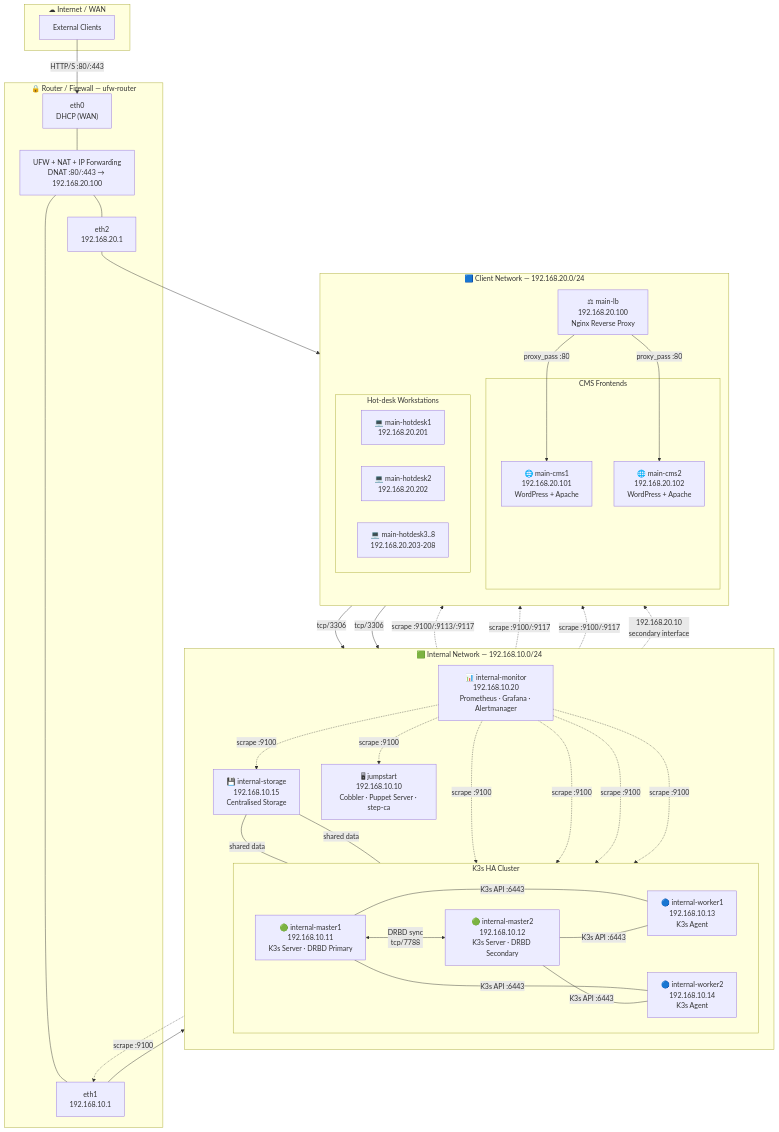
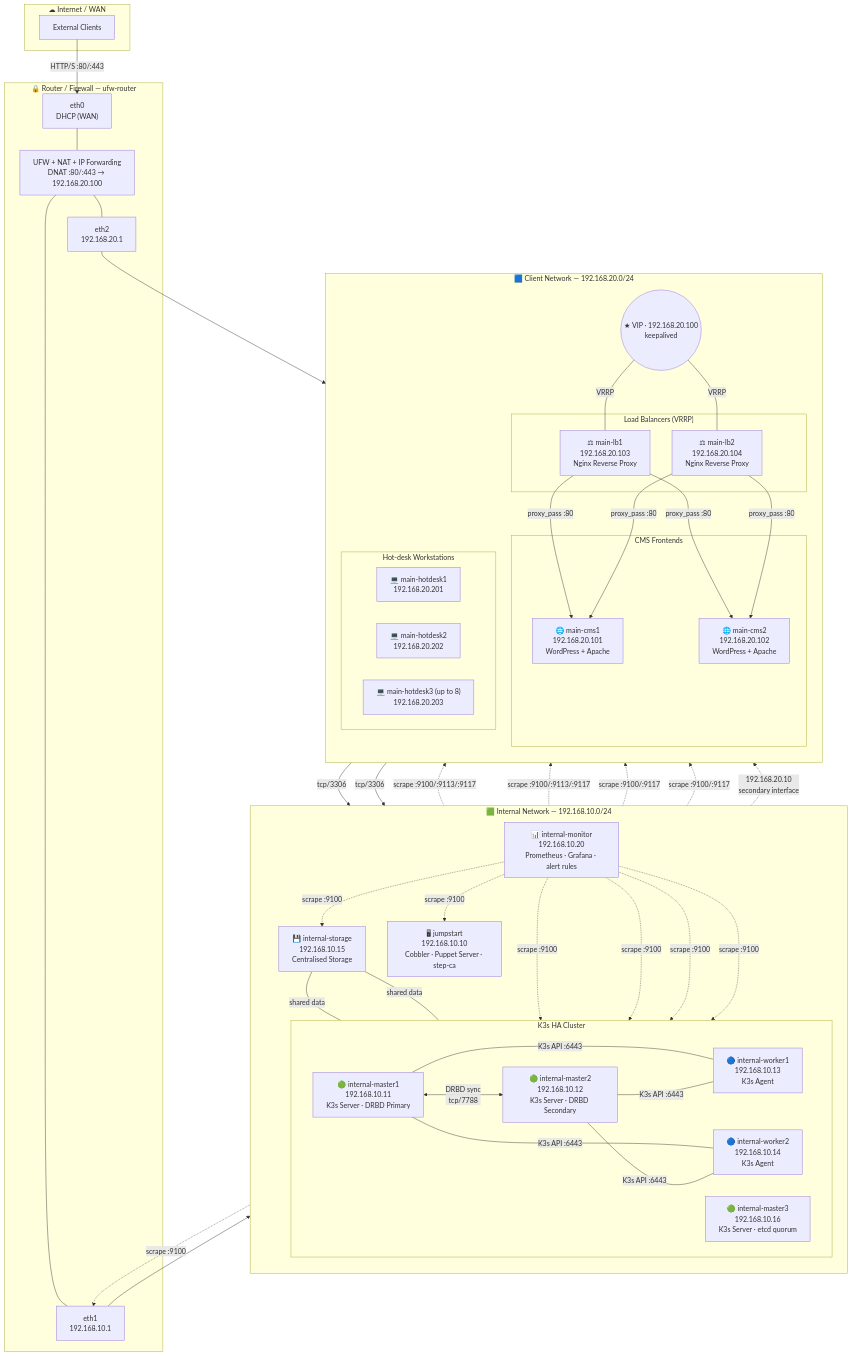
Before and after one commit to Aitor42/CMS-HA-Infrastructure: the first of 3 diagrams in docs/NETWORK_DIAGRAM.md, drawn with Mermaid. The commit also changed other lines of this file and 4 other files, not shown here.

```diff
--- a/docs/NETWORK_DIAGRAM.md
+++ b/docs/NETWORK_DIAGRAM.md
@@ -32,17 +32,23 @@
             direction LR
             M1["🟢 internal-master1<br/>192.168.10.11<br/>K3s Server · DRBD Primary"]
             M2["🟢 internal-master2<br/>192.168.10.12<br/>K3s Server · DRBD Secondary"]
+            M3["🟢 internal-master3<br/>192.168.10.16<br/>K3s Server · etcd quorum"]
             W1["🔵 internal-worker1<br/>192.168.10.13<br/>K3s Agent"]
             W2["🔵 internal-worker2<br/>192.168.10.14<br/>K3s Agent"]
         end
 
         ST["💾 internal-storage<br/>192.168.10.15<br/>Centralised Storage"]
-        MON["📊 internal-monitor<br/>192.168.10.20<br/>Prometheus · Grafana · Alertmanager"]
+        MON["📊 internal-monitor<br/>192.168.10.20<br/>Prometheus · Grafana · alert rules"]
     end
 
     subgraph MAIN["🟦 Client Network — 192.168.20.0/24"]
         direction TB
-        LB["⚖ main-lb<br/>192.168.20.100<br/>Nginx Reverse Proxy"]
+        VIP(("★ VIP · 192.168.20.100<br/>keepalived"))
+
+        subgraph LB_POOL["Load Balancers (VRRP)"]
+            LB1["⚖ main-lb1<br/>192.168.20.103<br/>Nginx Reverse Proxy"]
+            LB2["⚖ main-lb2<br/>192.168.20.104<br/>Nginx Reverse Proxy"]
+        end
 
         subgraph CMS_POOL["CMS Frontends"]
             CMS1["🌐 main-cms1<br/>192.168.20.101<br/>WordPress + Apache"]
@@ -52,7 +58,7 @@
         subgraph HOTDESKS["Hot-desk Workstations"]
             HD1["💻 main-hotdesk1<br/>192.168.20.201"]
             HD2["💻 main-hotdesk2<br/>192.168.20.202"]
-            HD38["💻 main-hotdesk3..8<br/>192.168.20.203-208"]
+            HD38["💻 main-hotdesk3 (up to 8)<br/>192.168.20.203"]
         end
     end
 
@@ -76,8 +82,12 @@
     ST ---|"shared data"| M2
 
     %% --- Load balancing ---
-    LB -->|"proxy_pass :80"| CMS1
-    LB -->|"proxy_pass :80"| CMS2
+    VIP ---|"VRRP"| LB1
+    VIP ---|"VRRP"| LB2
+    LB1 -->|"proxy_pass :80"| CMS1
+    LB1 -->|"proxy_pass :80"| CMS2
+    LB2 -->|"proxy_pass :80"| CMS1
+    LB2 -->|"proxy_pass :80"| CMS2
 
     %% --- CMS to DB ---
     CMS1 -->|"tcp/3306"| M1
@@ -90,7 +100,8 @@
     MON -.->|"scrape :9100"| W1
     MON -.->|"scrape :9100"| W2
     MON -.->|"scrape :9100"| ST
-    MON -.->|"scrape :9100/:9113/:9117"| LB
+    MON -.->|"scrape :9100/:9113/:9117"| LB1
+    MON -.->|"scrape :9100/:9113/:9117"| LB2
     MON -.->|"scrape :9100/:9117"| CMS1
     MON -.->|"scrape :9100/:9117"| CMS2
     MON -.->|"scrape :9100"| ETH1
```
